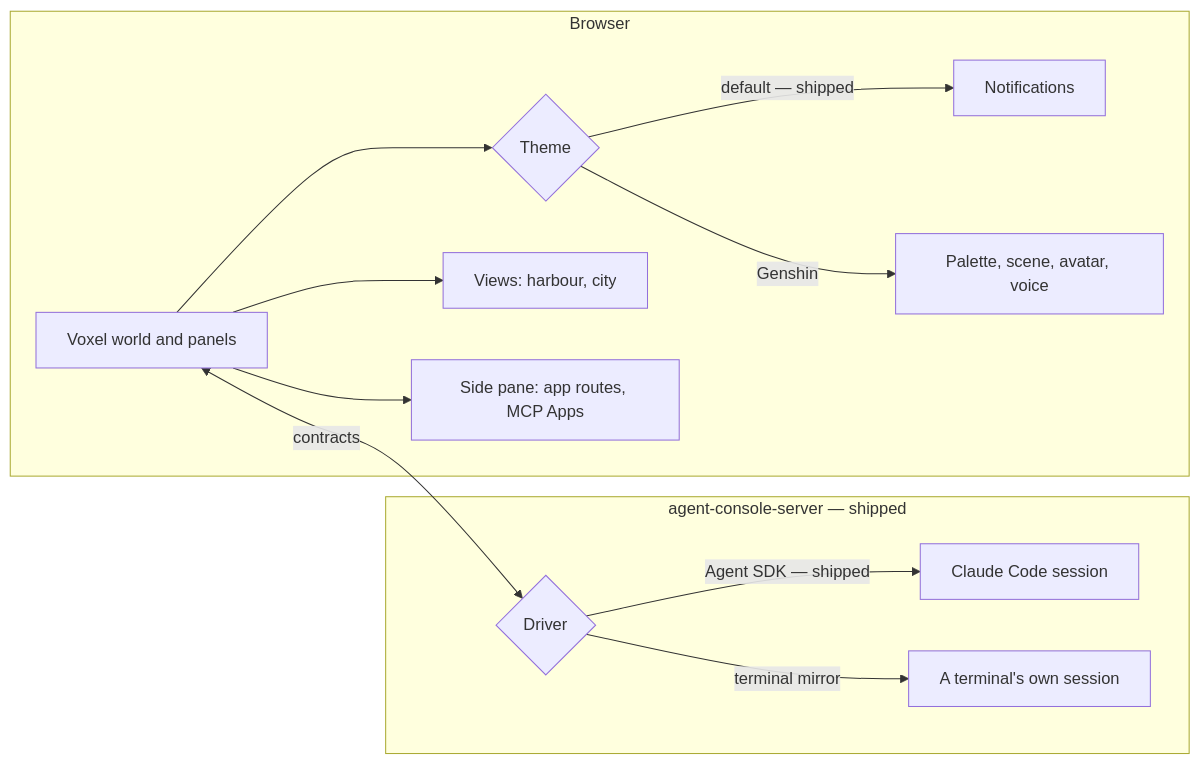
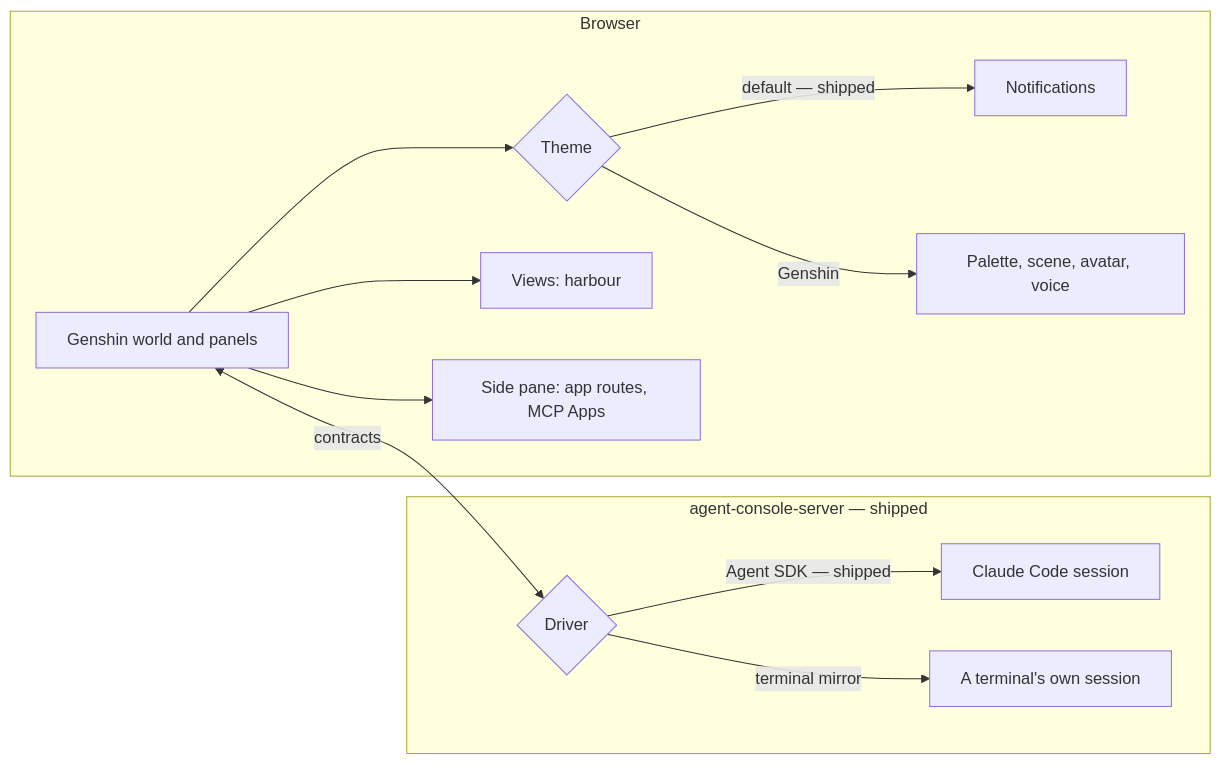
One commit to Esposter/Esposter changed the first of 2 diagrams in apps/web/content/docs/proposals/infra/agent-console/index.md. Above: the diagram before and after it, drawn with Mermaid. The commit also changed other lines of this file and 134 other files, not shown here.

First line of the commit message:
refactor(web): delete the voxel world, which the Genshin world replaced

````diff
--- a/apps/web/content/docs/proposals/infra/agent-console/index.md
+++ b/apps/web/content/docs/proposals/infra/agent-console/index.md
@@ -27,15 +27,15 @@
 ```mermaid
 flowchart LR
   subgraph Browser
-    W[Voxel world and panels] --> T{Theme}
+    W[Genshin world and panels] --> T{Theme}
     T -->|default — shipped| N[Notifications]
     T -->|Genshin| G[Palette, scene, avatar, voice]
-    W --> V[Views: harbour, city]
+    W --> V[Views: harbour]
     W --> X[Side pane: app routes, MCP Apps]
   end
   subgraph Host[agent-console-server — shipped]
     D{Driver} -->|Agent SDK — shipped| C[Claude Code session]
     D -->|terminal mirror| M[A terminal's own session]
   end
   W <-->|contracts| D
 ```
````
